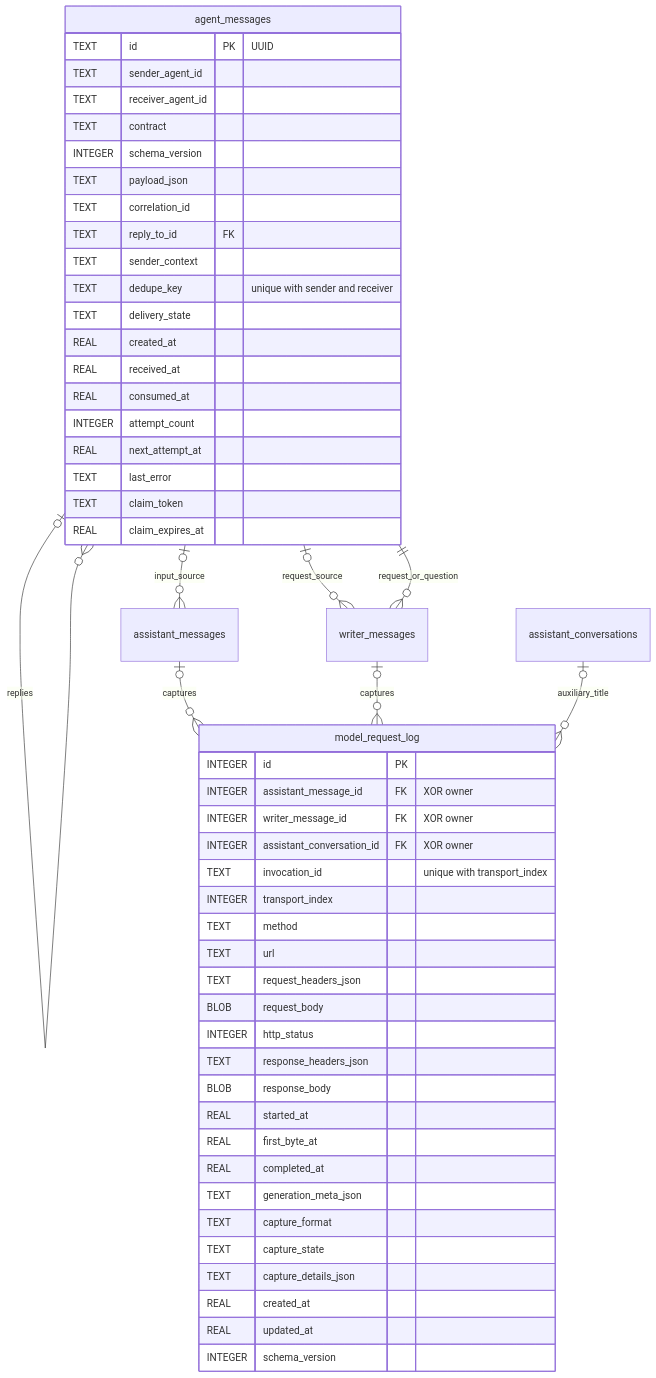
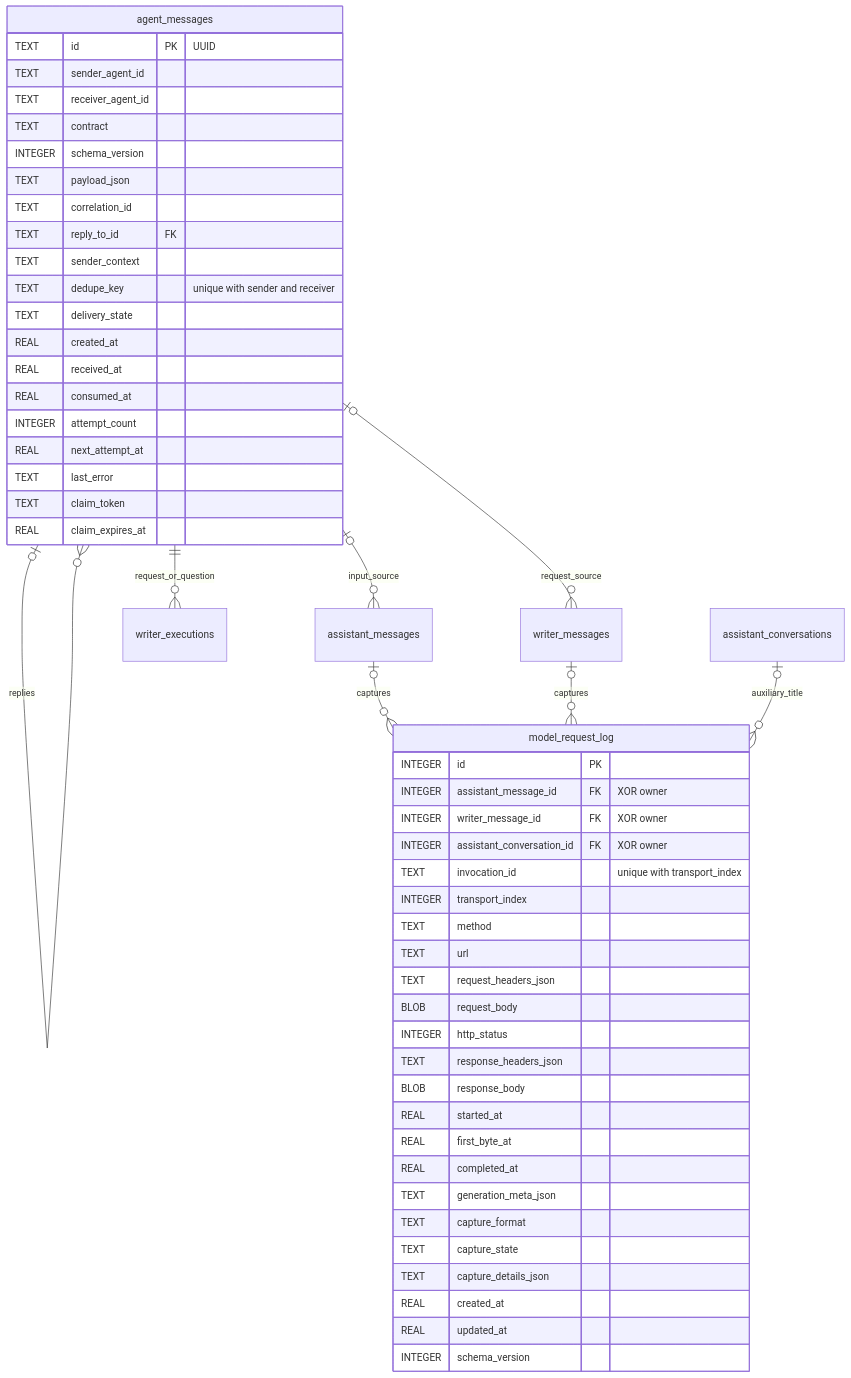
One commit to devilyouwei/MobileHarness changed the third of 3 diagrams in MobileHarness/Storage/Database/README.md. Above: the diagram before and after it, drawn with Mermaid. The commit also changed other lines of this file and 209 other files, not shown here.

````diff
--- a/MobileHarness/Storage/Database/README.md
+++ b/MobileHarness/Storage/Database/README.md
@@ -158,56 +171,56 @@
 ```mermaid
 erDiagram
     agent_messages o|--o{ agent_messages : replies
     agent_messages o|--o{ assistant_messages : input_source
     agent_messages o|--o{ writer_messages : request_source
-    agent_messages ||--o{ writer_messages : request_or_question
+    agent_messages ||--o{ writer_executions : request_or_question
     assistant_messages o|--o{ model_request_log : captures
     writer_messages o|--o{ model_request_log : captures
     assistant_conversations o|--o{ model_request_log : auxiliary_title
     agent_messages {
         TEXT id PK "UUID"
         TEXT sender_agent_id
         TEXT receiver_agent_id
         TEXT contract
         INTEGER schema_version
         TEXT payload_json
         TEXT correlation_id
         TEXT reply_to_id FK
         TEXT sender_context
         TEXT dedupe_key "unique with sender and receiver"
         TEXT delivery_state
         REAL created_at
         REAL received_at
         REAL consumed_at
         INTEGER attempt_count
         REAL next_attempt_at
         TEXT last_error
         TEXT claim_token
         REAL claim_expires_at
     }
     model_request_log {
         INTEGER id PK
         INTEGER assistant_message_id FK "XOR owner"
         INTEGER writer_message_id FK "XOR owner"
         INTEGER assistant_conversation_id FK "XOR owner"
         TEXT invocation_id "unique with transport_index"
         INTEGER transport_index
         TEXT method
         TEXT url
         TEXT request_headers_json
         BLOB request_body
         INTEGER http_status
         TEXT response_headers_json
         BLOB response_body
         REAL started_at
         REAL first_byte_at
         REAL completed_at
         TEXT generation_meta_json
         TEXT capture_format
         TEXT capture_state
         TEXT capture_details_json
         REAL created_at
         REAL updated_at
         INTEGER schema_version
     }
 ```
````
